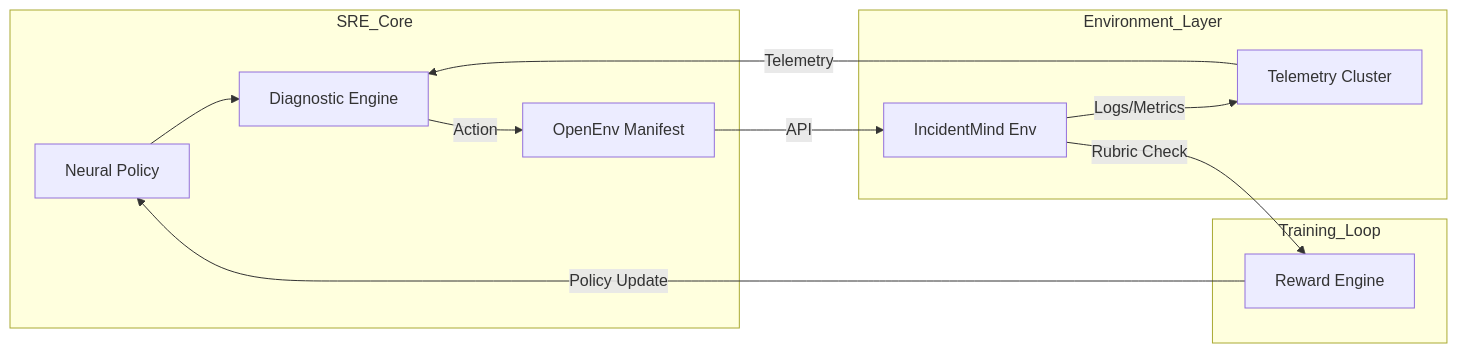
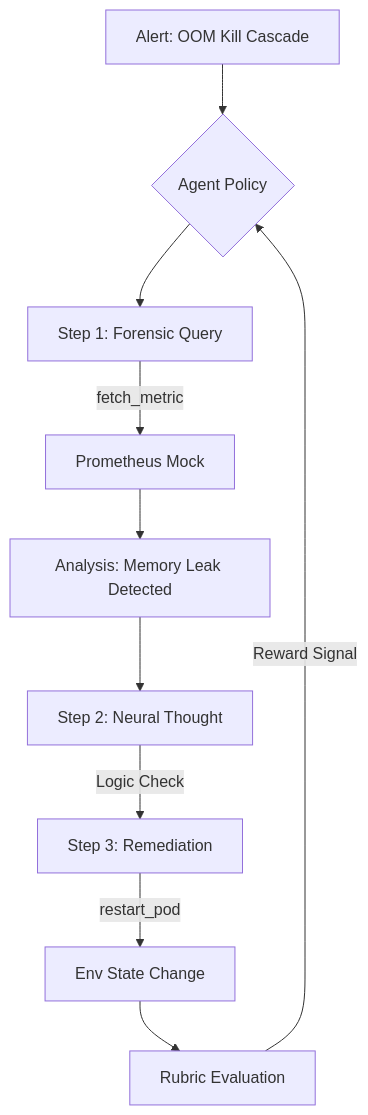
One commit to mohit4901/incidentmind changed the diagram in README.md. Above: the diagram before and after it, drawn with Mermaid. The commit also changed other lines of this file, not shown here.

Commit message:
💎 DOCUMENTATION: Overhauled README with High-Fidelity Research Blog and Workflow Diagrams

````diff
--- a/README.md
+++ b/README.md
@@ -34,16 +40,12 @@
 ```mermaid
-graph LR
-    subgraph SRE_Core
-    A[Neural Policy] -->|<thought>| B[Diagnostic Engine]
-    B -->|Action| C[OpenEnv Manifest]
-    end
-    subgraph Environment_Layer
-    C -->|API| D[IncidentMind Env]
-    D -->|Logs/Metrics| E[Telemetry Cluster]
-    E -->|Telemetry| B
-    end
-    subgraph Training_Loop
-    D -->|Rubric Check| F[Reward Engine]
-    F -->|Policy Update| A
-    end
+graph TD
+    A[Alert: OOM Kill Cascade] --> B{Agent Policy}
+    B --> C[Step 1: Forensic Query]
+    C -->|fetch_metric| D[Prometheus Mock]
+    D --> E[Analysis: Memory Leak Detected]
+    E --> F[Step 2: Neural Thought]
+    F -->|Logic Check| G[Step 3: Remediation]
+    G -->|restart_pod| H[Env State Change]
+    H --> I[Rubric Evaluation]
+    I -->|Reward Signal| B
 ```
````
